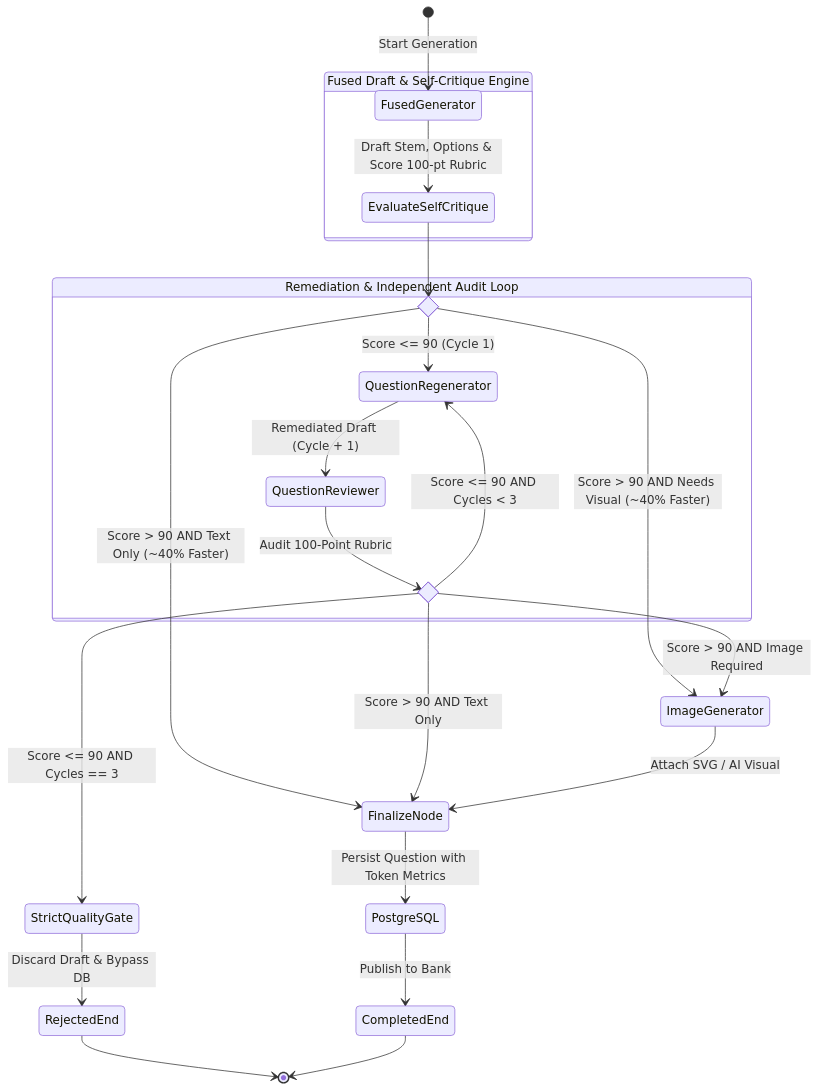
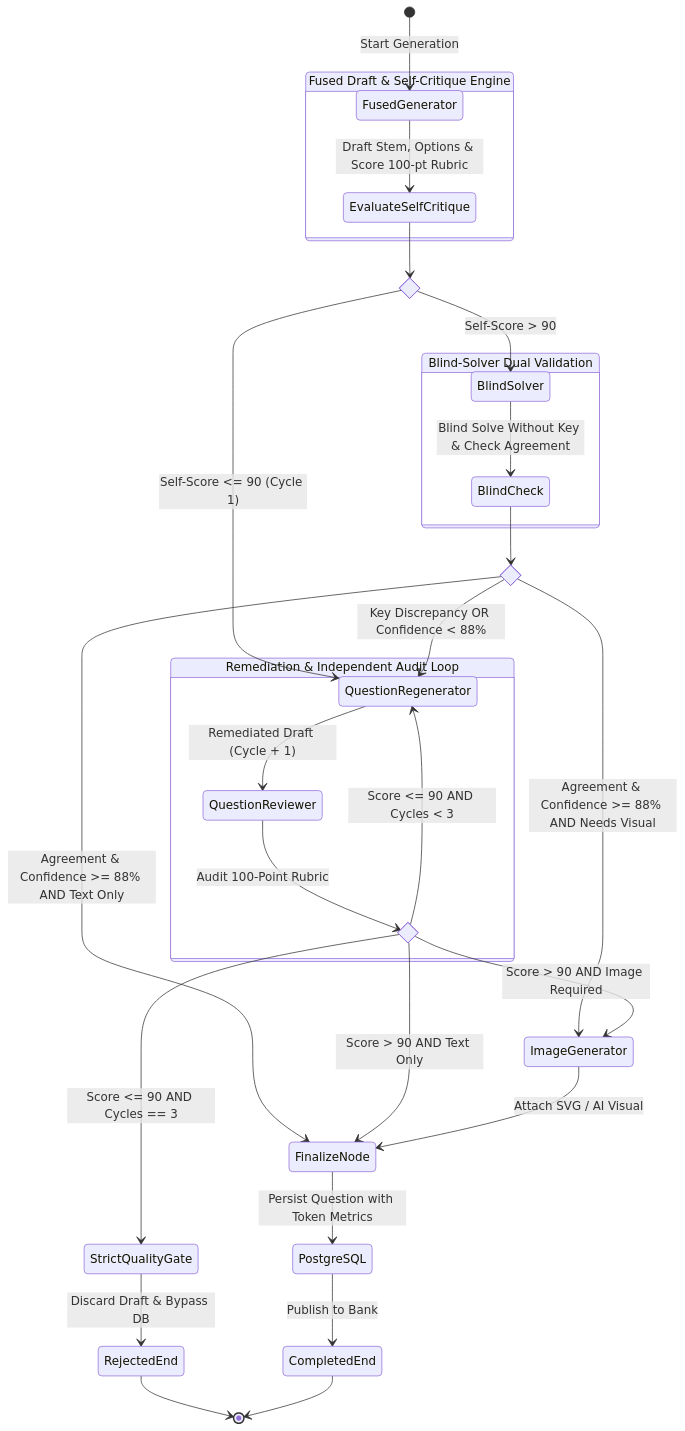
Before and after one commit to VishwamPatel-Infynno/MCAT-Question-Bank-Generator: the second of 6 diagrams in docs/ARCHITECTURE.md, drawn with Mermaid. The commit also changed other lines of this file and 14 other files, not shown here.

````diff
--- a/docs/ARCHITECTURE.md
+++ b/docs/ARCHITECTURE.md
@@ -50,35 +53,45 @@
 ```mermaid
 stateDiagram-v2
     [*] --> FusedGenerator: Start Generation
     
     state "Fused Draft & Self-Critique Engine" as FusedNode {
         FusedGenerator --> EvaluateSelfCritique: Draft Stem, Options & Score 100-pt Rubric
     }
     
     state FusedRouter <<choice>>
     EvaluateSelfCritique --> FusedRouter
     
-    FusedRouter --> ImageGenerator: Score > 90 AND Needs Visual (~40% Faster)
-    FusedRouter --> FinalizeNode: Score > 90 AND Text Only (~40% Faster)
+    FusedRouter --> BlindSolver: Self-Score > 90
+    FusedRouter --> QuestionRegenerator: Self-Score <= 90 (Cycle 1)
+    
+    state "Blind-Solver Dual Validation" as BlindNode {
+        BlindSolver --> BlindCheck: Blind Solve Without Key & Check Agreement
+    }
+    
+    state BlindRouter <<choice>>
+    BlindCheck --> BlindRouter
+    
+    BlindRouter --> ImageGenerator: Agreement & Confidence >= 88% AND Needs Visual
+    BlindRouter --> FinalizeNode: Agreement & Confidence >= 88% AND Text Only
+    BlindRouter --> QuestionRegenerator: Key Discrepancy OR Confidence < 88%
     
     state "Remediation & Independent Audit Loop" as Loop {
-        FusedRouter --> QuestionRegenerator: Score <= 90 (Cycle 1)
         QuestionRegenerator --> QuestionReviewer: Remediated Draft (Cycle + 1)
         
         state ReviewRouter <<choice>>
         QuestionReviewer --> ReviewRouter: Audit 100-Point Rubric
         ReviewRouter --> QuestionRegenerator: Score <= 90 AND Cycles < 3
     }
 
     ReviewRouter --> StrictQualityGate: Score <= 90 AND Cycles == 3
     StrictQualityGate --> RejectedEnd: Discard Draft & Bypass DB
     RejectedEnd --> [*]
 
     ReviewRouter --> ImageGenerator: Score > 90 AND Image Required
     ReviewRouter --> FinalizeNode: Score > 90 AND Text Only
     ImageGenerator --> FinalizeNode: Attach SVG / AI Visual
     
     FinalizeNode --> PostgreSQL: Persist Question with Token Metrics
     PostgreSQL --> CompletedEnd: Publish to Bank
     CompletedEnd --> [*]
 ```
````
